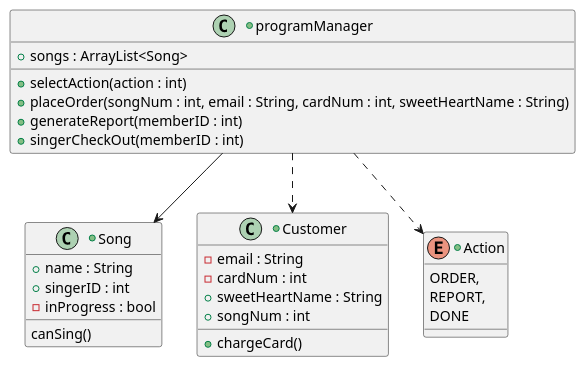
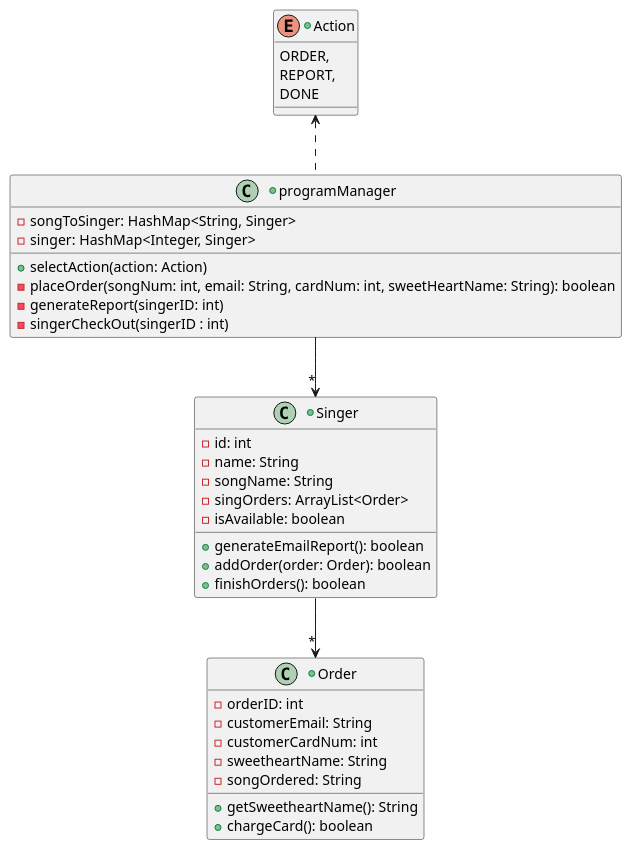
One commit to pjc0210/csse374-hw1 changed the diagram in src/Customer.puml. Above: the diagram before and after it, drawn with PlantUML.

Commit message:
Revision of UML

```diff
--- a/src/Customer.puml
+++ b/src/Customer.puml
@@ -1,34 +1,43 @@
 @startuml
 'https://plantuml.com/class-diagram
 
 +class programManager {
-+ songs : ArrayList<Song>
-+ selectAction(action : int)
-+ placeOrder(songNum : int, email : String, cardNum : int, sweetHeartName : String)
-+ generateReport(memberID : int)
-+ singerCheckOut(memberID : int)
+    - songToSinger: HashMap<String, Singer>
+    - singer: HashMap<Integer, Singer>
+    + selectAction(action: Action)
+    - placeOrder(songNum: int, email: String, cardNum: int, sweetHeartName: String): boolean
+    - generateReport(singerID: int)
+    - singerCheckOut(singerID : int)
 }
-+class Song {
-    +name : String
-    +singerID : int
-    -inProgress : bool
-    canSing()
+
++class Order {
+    - orderID: int
+    - customerEmail: String
+    - customerCardNum: int
+    - sweetheartName: String
+    - songOrdered: String
+    + getSweetheartName(): String
+    + chargeCard(): boolean
 }
-+class Customer {
-- email : String
-- cardNum : int
-+ sweetHeartName : String
-+ songNum : int
-+ chargeCard()
+
++class Singer {
+    - id: int
+    - name: String
+    - songName: String
+    - singOrders: ArrayList<Order>
+    - isAvailable: boolean
+    + generateEmailReport(): boolean
+    + addOrder(order: Order): boolean
+    + finishOrders(): boolean
 }
 
 +enum Action {
-ORDER,
-REPORT,
-DONE
+    ORDER,
+    REPORT,
+    DONE
 }
 
-programManager ..> Action
-programManager --> Song
-programManager ..> Customer
+programManager .u.> Action
+programManager -->"*" Singer
+Singer -->"*"Order
 @enduml
```
